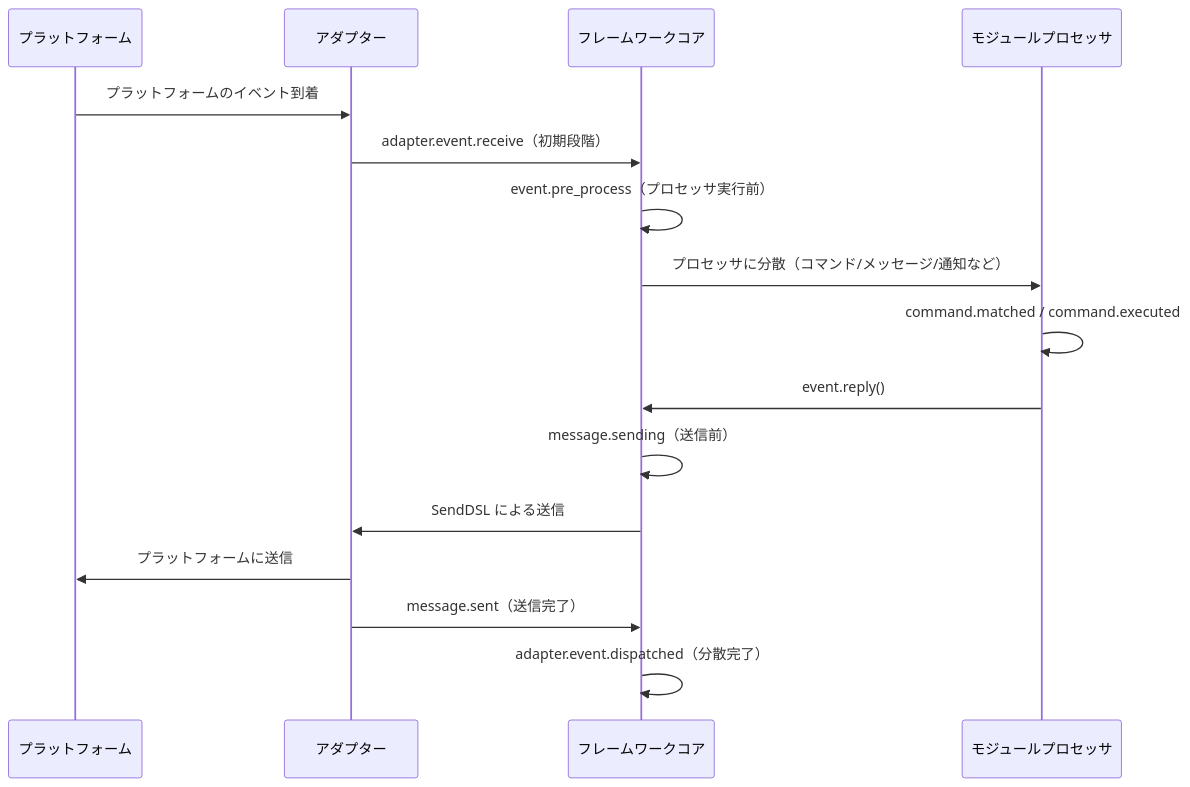
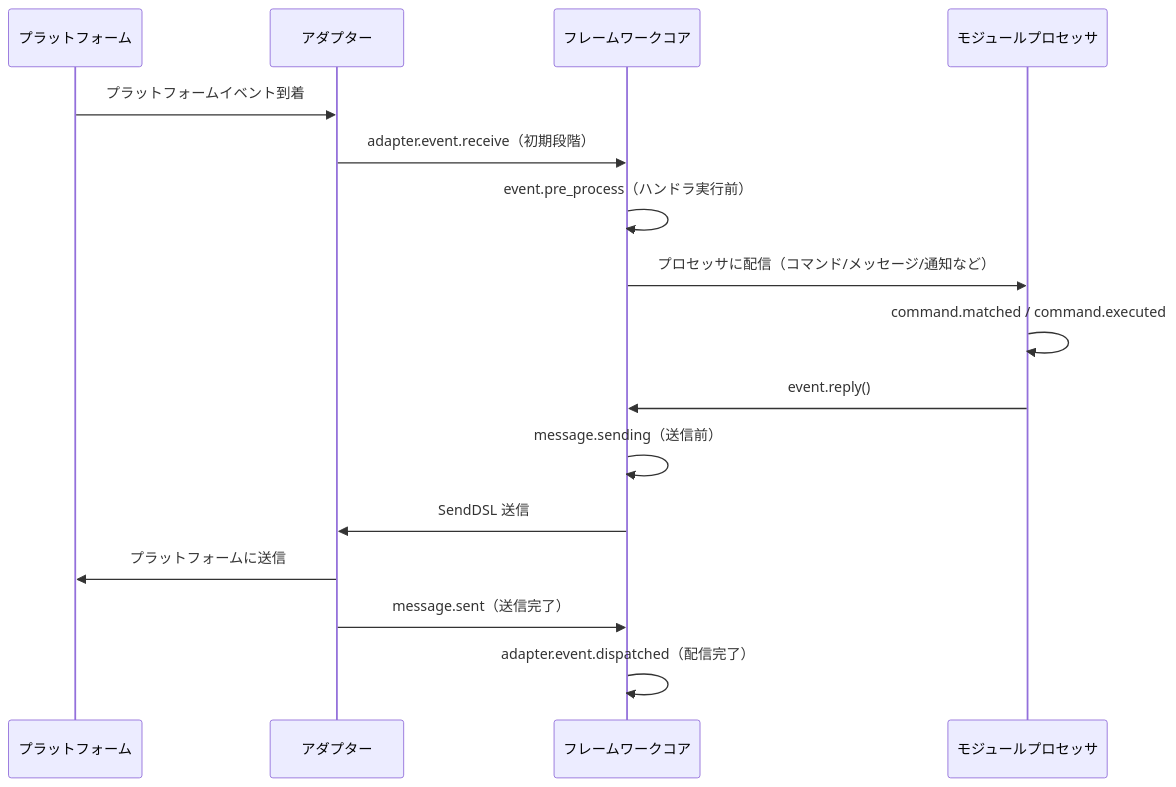
Before and after one commit to ErisPulse/ErisPulse: the diagram in docs/ja/advanced/lifecycle.md, drawn with Mermaid. The commit also changed other lines of this file and 194 other files, not shown here.

````diff
--- a/docs/ja/advanced/lifecycle.md
+++ b/docs/ja/advanced/lifecycle.md
@@ -125,19 +124,19 @@
 ```mermaid
 sequenceDiagram
     participant P as プラットフォーム
     participant A as アダプター
     participant F as フレームワークコア
     participant M as モジュールプロセッサ
 
-    P->>A: プラットフォームのイベント到着
+    P->>A: プラットフォームイベント到着
     A->>F: adapter.event.receive（初期段階）
-    F->>F: event.pre_process（プロセッサ実行前）
-    F->>M: プロセッサに分散（コマンド/メッセージ/通知など）
+    F->>F: event.pre_process（ハンドラ実行前）
+    F->>M: プロセッサに配信（コマンド/メッセージ/通知など）
     M->>M: command.matched / command.executed
     M->>F: event.reply()
     F->>F: message.sending（送信前）
-    F->>A: SendDSL による送信
+    F->>A: SendDSL 送信
     A->>P: プラットフォームに送信
     A->>F: message.sent（送信完了）
-    F->>F: adapter.event.dispatched（分散完了）
+    F->>F: adapter.event.dispatched（配信完了）
 ```
````
